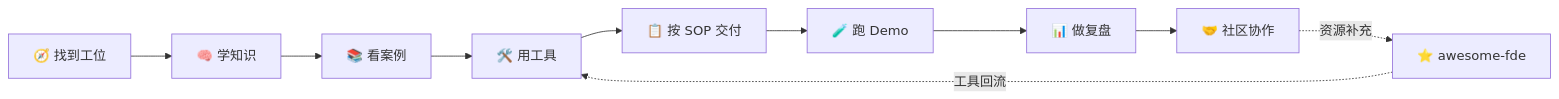
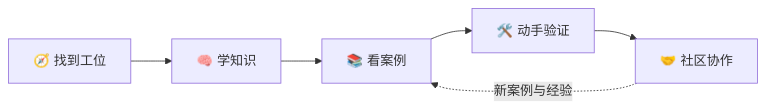
Before and after one commit to GoldenTellus/goldentellus-home: the diagram in docs/navigation.md, drawn with Mermaid. The commit also changed other lines of this file and 23 other files, not shown here.

````diff
--- a/docs/navigation.md
+++ b/docs/navigation.md
@@ -21,12 +17,8 @@
 ```mermaid
 flowchart LR
   A[🧭 找到工位] --> B[🧠 学知识]
   B --> C[📚 看案例]
-  C --> D[🛠️ 用工具]
-  D --> E[📋 按 SOP 交付]
-  E --> F[🧪 跑 Demo]
-  F --> G[📊 做复盘]
-  G --> H[🤝 社区协作]
-  H -. 资源补充 .-> I[⭐ awesome-fde]
-  I -. 工具回流 .-> D
+  C --> D[🛠️ 动手验证]
+  D --> E[🤝 社区协作]
+  E -. 新案例与经验 .-> C
 ```
````
